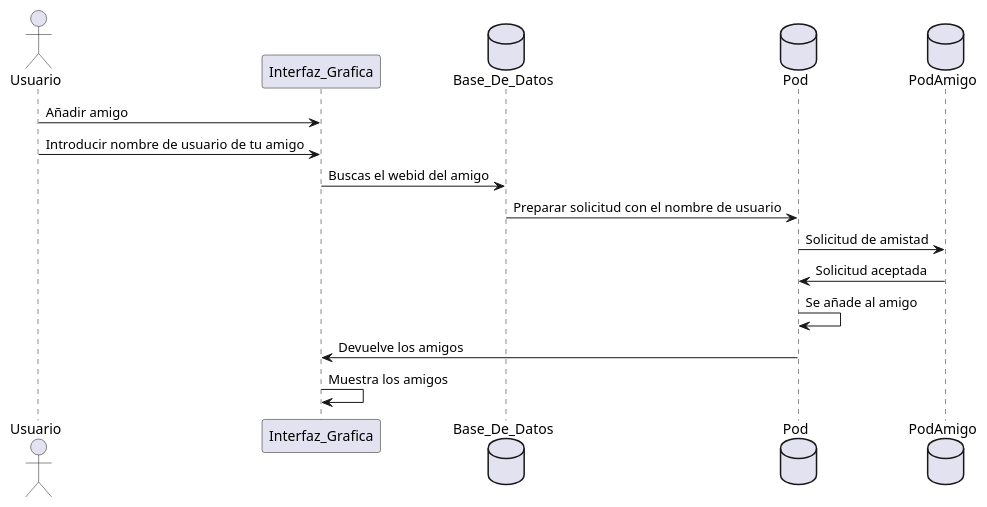
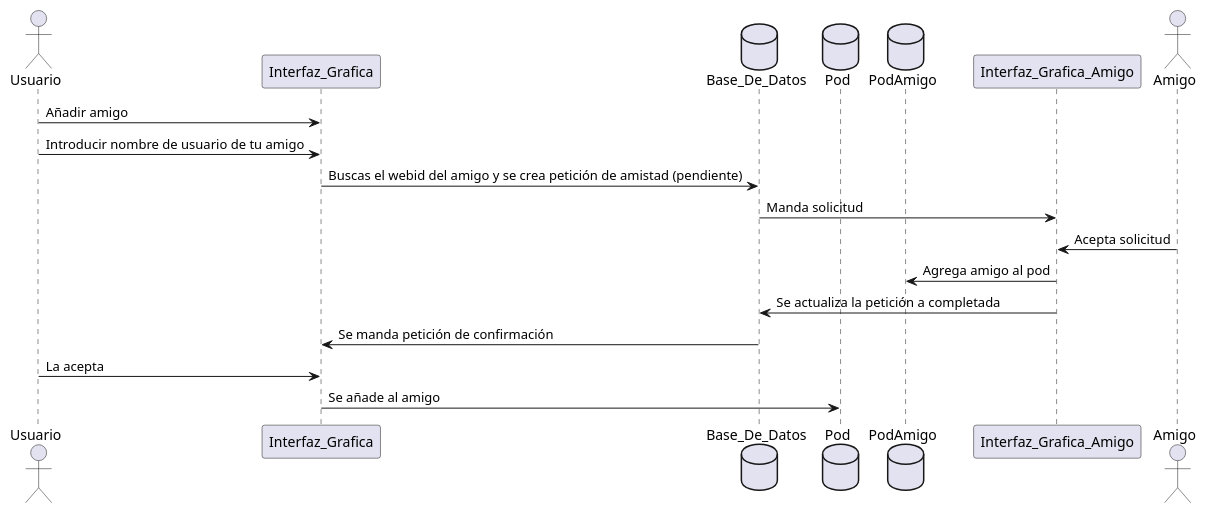
Before and after one commit to UO264862/radarin_es2b: the second of 10 diagrams in webapp/docs/06_runtime_view.adoc, drawn with PlantUML.

```diff
--- a/webapp/docs/06_runtime_view.adoc
+++ b/webapp/docs/06_runtime_view.adoc
@@ -40,20 +40,22 @@
 [plantuml, runtime-view2, svg]
 ----
 @startuml
 actor Usuario
 participant Interfaz_Grafica
 database Base_De_Datos
 database Pod
 database PodAmigo
+participant Interfaz_Grafica_Amigo
+actor Amigo
 Usuario -> Interfaz_Grafica: Añadir amigo
 Usuario  -> Interfaz_Grafica: Introducir nombre de usuario de tu amigo
-Interfaz_Grafica -> Base_De_Datos: Buscas el webid del amigo 
-Base_De_Datos-> Pod : Preparar solicitud con el nombre de usuario
-
-Pod -> PodAmigo: Solicitud de amistad
-Pod <- PodAmigo: Solicitud aceptada
-Pod -> Pod: Se añade al amigo
-Pod -> Interfaz_Grafica: Devuelve los amigos
-Interfaz_Grafica -> Interfaz_Grafica: Muestra los amigos
+Interfaz_Grafica -> Base_De_Datos: Buscas el webid del amigo y se crea petición de amistad (pendiente)
+Base_De_Datos-> Interfaz_Grafica_Amigo : Manda solicitud
+Amigo ->Interfaz_Grafica_Amigo : Acepta solicitud
+Interfaz_Grafica_Amigo -> PodAmigo: Agrega amigo al pod
+Base_De_Datos<- Interfaz_Grafica_Amigo : Se actualiza la petición a completada
+Base_De_Datos-> Interfaz_Grafica: Se manda petición de confirmación
+Usuario->Interfaz_Grafica: La acepta
+Interfaz_Grafica-> Pod: Se añade al amigo
 @enduml
 ----
```
